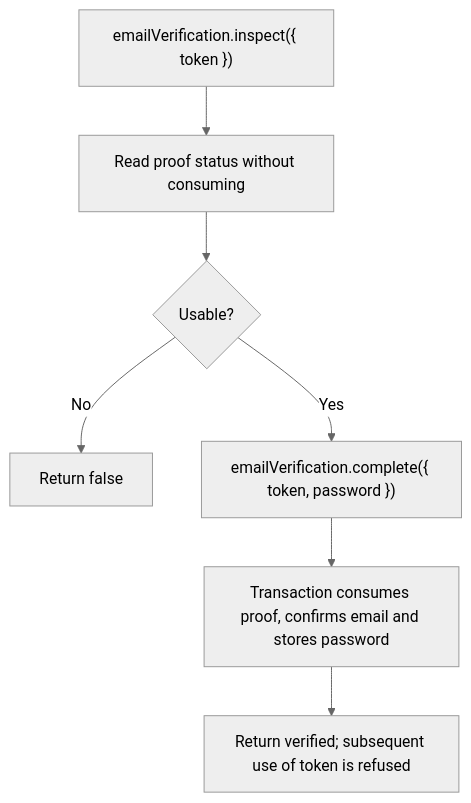
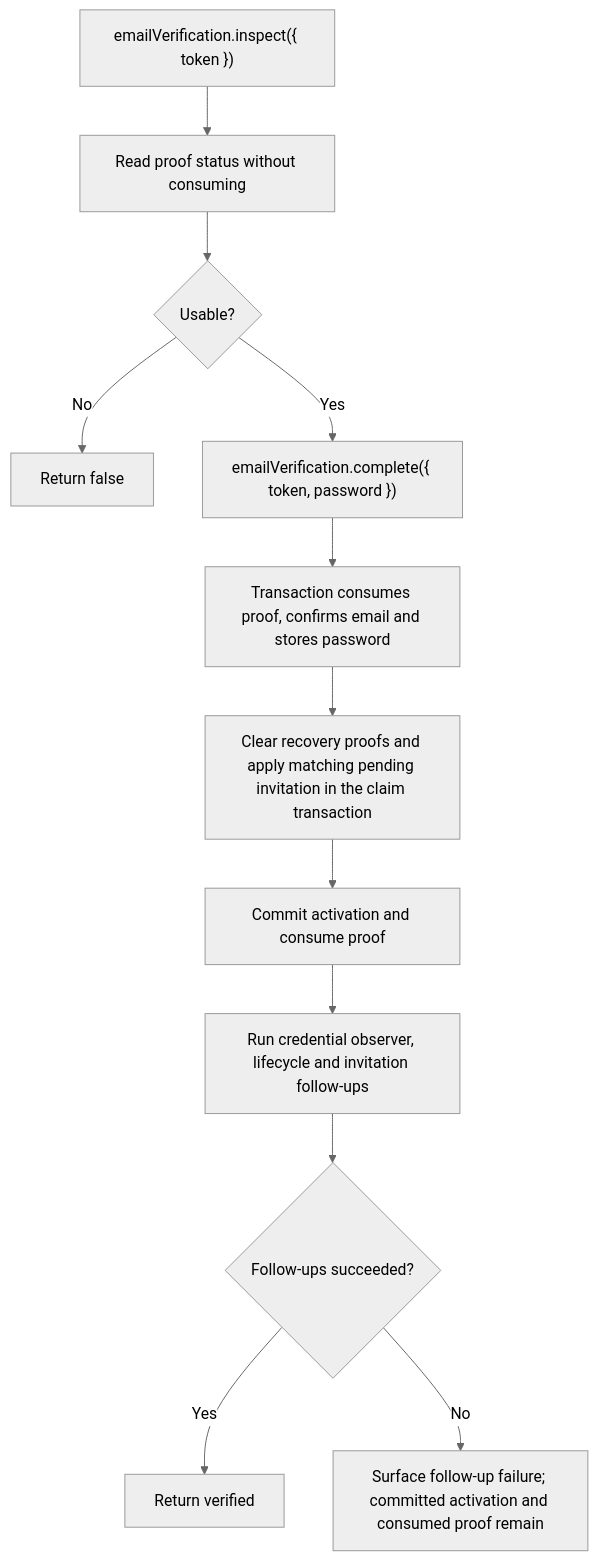
Before and after one commit to Kevinjohn/oss-adonisjs-account-kit: the second of 2 diagrams in user-stories/US-ACCOUNT-38-complete-email-verification.md, drawn with Mermaid (neutral theme). The commit also changed other lines of this file and 15 other files, not shown here.

````diff
--- a/user-stories/US-ACCOUNT-38-complete-email-verification.md
+++ b/user-stories/US-ACCOUNT-38-complete-email-verification.md
@@ -34,9 +38,14 @@
 ```mermaid
 flowchart TD
  A["emailVerification.inspect({ token })"] --> B["Read proof status without consuming"]
  B --> C{"Usable?"}
  C -->|No| D["Return false"]
  C -->|Yes| E["emailVerification.complete({ token, password })"]
  E --> F["Transaction consumes proof, confirms email and stores password"]
- F --> G["Return verified; subsequent use of token is refused"]
+ F --> G["Clear recovery proofs and apply matching pending invitation in the claim transaction"]
+ G --> H["Commit activation and consume proof"]
+ H --> I["Run credential observer, lifecycle and invitation follow-ups"]
+ I --> J{"Follow-ups succeeded?"}
+ J -->|Yes| K["Return verified"]
+ J -->|No| L["Surface follow-up failure; committed activation and consumed proof remain"]
 ```
````
